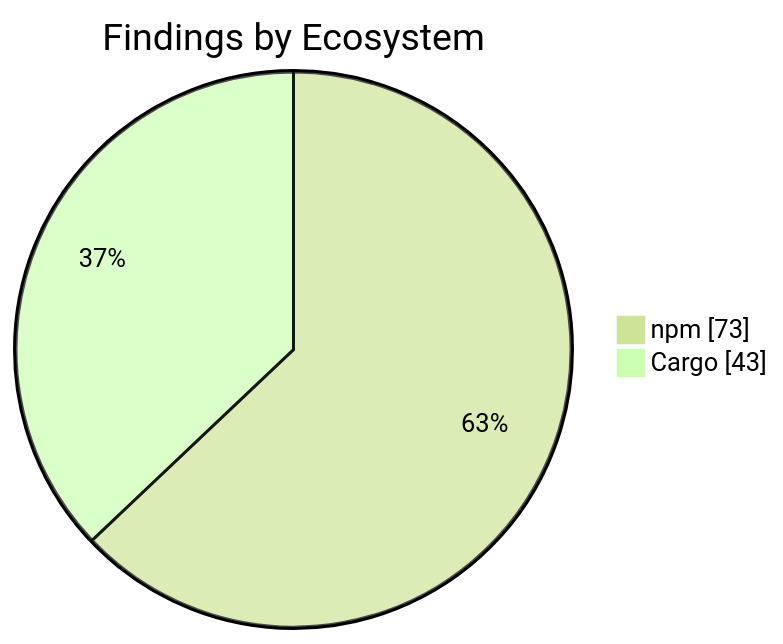
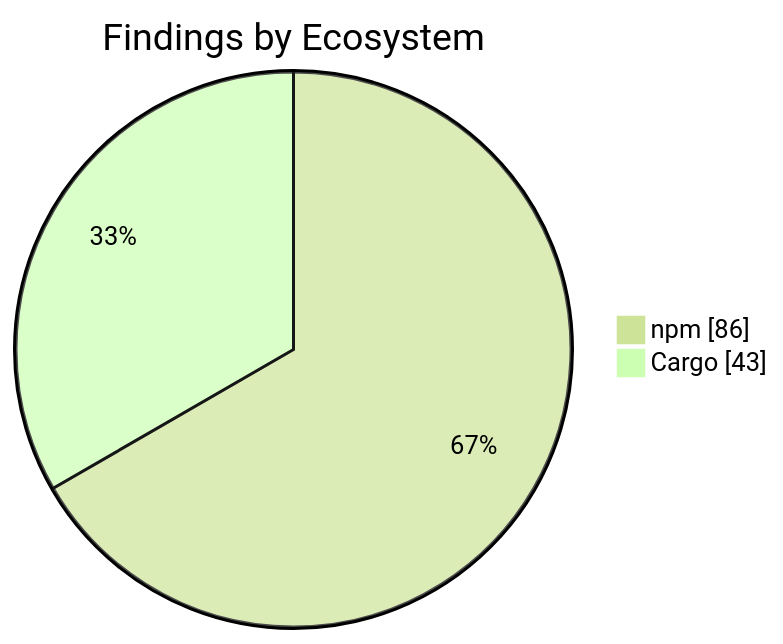
The second of 2 diagrams in apps/kbve/astro-kbve/src/content/docs/dashboard/security.mdx (KBVE/kbve), drawn with Mermaid (forest theme) before and after one commit. The commit also changed other lines of this file and 8 other files, not shown here.

````diff
--- a/apps/kbve/astro-kbve/src/content/docs/dashboard/security.mdx
+++ b/apps/kbve/astro-kbve/src/content/docs/dashboard/security.mdx
@@ -73,6 +73,6 @@
 ```mermaid
 pie showData
     title Findings by Ecosystem
-    "npm" : 73
+    "npm" : 86
     "Cargo" : 43
 ```
````
